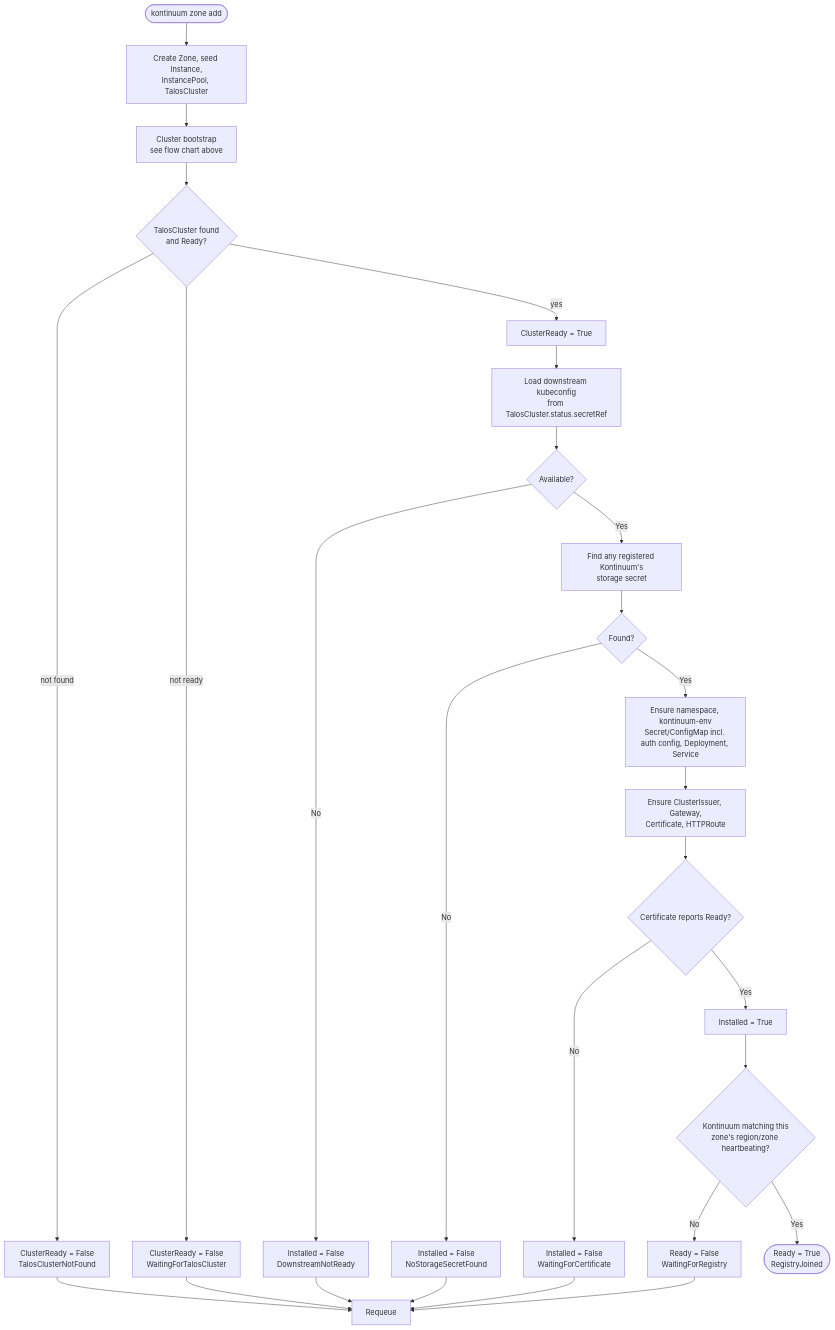
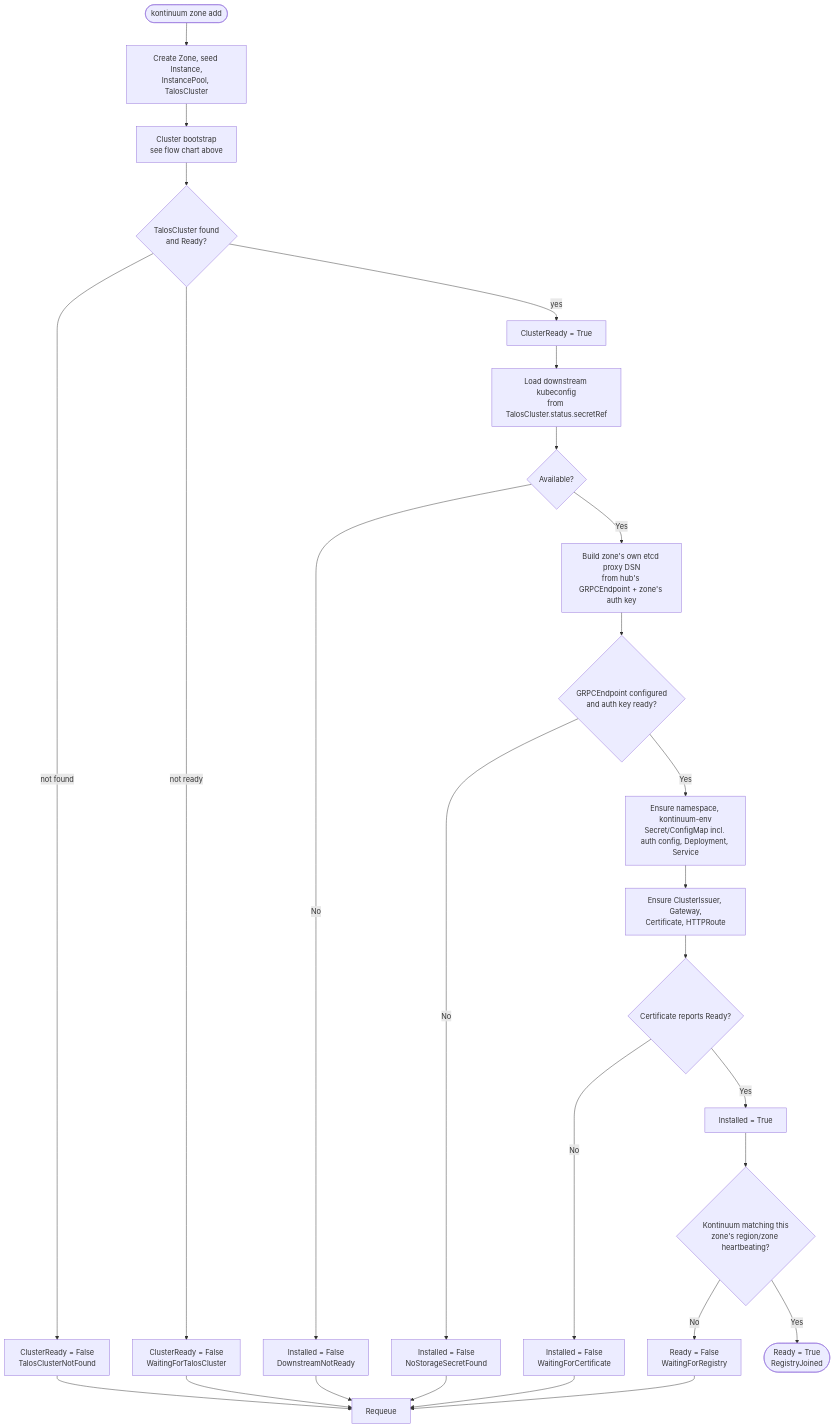
One commit to nicklasfrahm-dev/kontinuum changed the second of 2 diagrams in docs/workflows/zone-add.md. Above: the diagram before and after it, drawn with Mermaid. The commit also changed other lines of this file and 28 other files, not shown here.

First line of the commit message:
feat(zone): expose an authenticated etcd gRPC proxy for zone storage

````diff
--- a/docs/workflows/zone-add.md
+++ b/docs/workflows/zone-add.md
@@ -303,33 +312,33 @@
 ```mermaid
 flowchart TD
     Start([kontinuum zone add]) --> FanOut[Create Zone, seed Instance,\nInstancePool, TalosCluster]
     FanOut --> Bootstrap[Cluster bootstrap\nsee flow chart above]
 
     Bootstrap --> ClusterCheck{TalosCluster found\nand Ready?}
     ClusterCheck -- not found --> NotFound[ClusterReady = False\nTalosClusterNotFound]
     NotFound --> Requeue1[Requeue]
     ClusterCheck -- not ready --> Waiting[ClusterReady = False\nWaitingForTalosCluster]
     Waiting --> Requeue1
 
     ClusterCheck -- yes --> ClusterReady[ClusterReady = True]
     ClusterReady --> LoadKubeconfig[Load downstream kubeconfig\nfrom TalosCluster.status.secretRef]
     LoadKubeconfig --> KubeconfigOK{Available?}
     KubeconfigOK -- No --> NotReady[Installed = False\nDownstreamNotReady]
     NotReady --> Requeue1
 
-    KubeconfigOK -- Yes --> FindStorage[Find any registered Kontinuum's\nstorage secret]
-    FindStorage --> StorageOK{Found?}
-    StorageOK -- No --> NoStorage[Installed = False\nNoStorageSecretFound]
+    KubeconfigOK -- Yes --> BuildDSN[Build zone's own etcd proxy DSN\nfrom hub's GRPCEndpoint + zone's auth key]
+    BuildDSN --> DSNOk{GRPCEndpoint configured\nand auth key ready?}
+    DSNOk -- No --> NoStorage[Installed = False\nNoStorageSecretFound]
     NoStorage --> Requeue1
 
-    StorageOK -- Yes --> InstallWorkload[Ensure namespace, kontinuum-env\nSecret/ConfigMap incl. auth config, Deployment, Service]
+    DSNOk -- Yes --> InstallWorkload[Ensure namespace, kontinuum-env\nSecret/ConfigMap incl. auth config, Deployment, Service]
     InstallWorkload --> InstallNetwork[Ensure ClusterIssuer, Gateway,\nCertificate, HTTPRoute]
     InstallNetwork --> CertCheck{Certificate reports Ready?}
     CertCheck -- No --> WaitCert[Installed = False\nWaitingForCertificate]
     WaitCert --> Requeue1
     CertCheck -- Yes --> Installed[Installed = True]
     Installed --> RegistryCheck{Kontinuum matching this\nzone's region/zone heartbeating?}
     RegistryCheck -- No --> WaitRegistry[Ready = False\nWaitingForRegistry]
     WaitRegistry --> Requeue1
     RegistryCheck -- Yes --> Done([Ready = True\nRegistryJoined])
 ```
````
